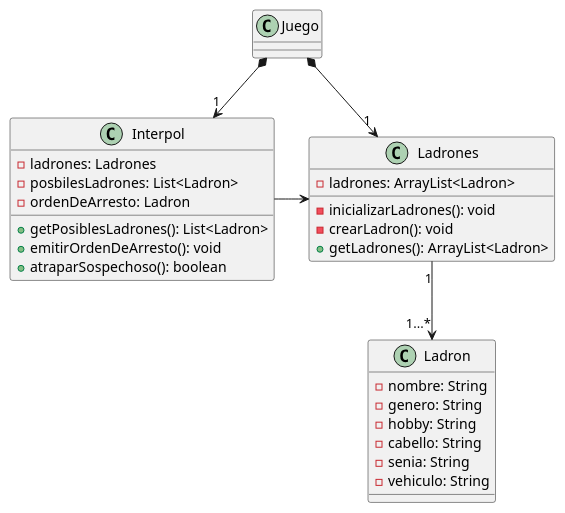
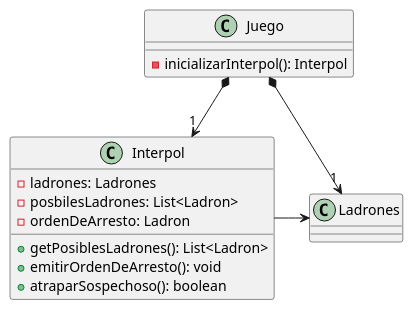
The diagram in diagrams/classes/Entrega2/claseInterpol.puml (alexguttlein/TP2-CarmenSandiego), drawn with PlantUML before and after one commit. The commit also changed 4 other files, not shown here.

Commit message:
Se actualiza informe y diagramas

```diff
--- a/diagrams/classes/Entrega2/claseInterpol.puml
+++ b/diagrams/classes/Entrega2/claseInterpol.puml
@@ -1,37 +1,26 @@
 @startuml
 
-class Juego{}
+class Juego{
+    - inicializarInterpol(): Interpol
+}
 
 class Interpol{
 - ladrones: Ladrones
 - posbilesLadrones: List<Ladron>
 - ordenDeArresto: Ladron
 
 + getPosiblesLadrones(): List<Ladron>
 + emitirOrdenDeArresto(): void
 + atraparSospechoso(): boolean
 }
 
 class Ladrones{
-- ladrones: ArrayList<Ladron>
-- inicializarLadrones(): void
-- crearLadron(): void
-+ getLadrones(): ArrayList<Ladron>
 }
 
-class Ladron{
-- nombre: String
-- genero: String
-- hobby: String
-- cabello: String
-- senia: String
-- vehiculo: String
-}
 
-Ladrones "1"-down->"1...*" Ladron
 Interpol -right-> Ladrones
 
 Juego *-down->"1" Interpol
 Juego *-down->"1" Ladrones
 
 @enduml
```
